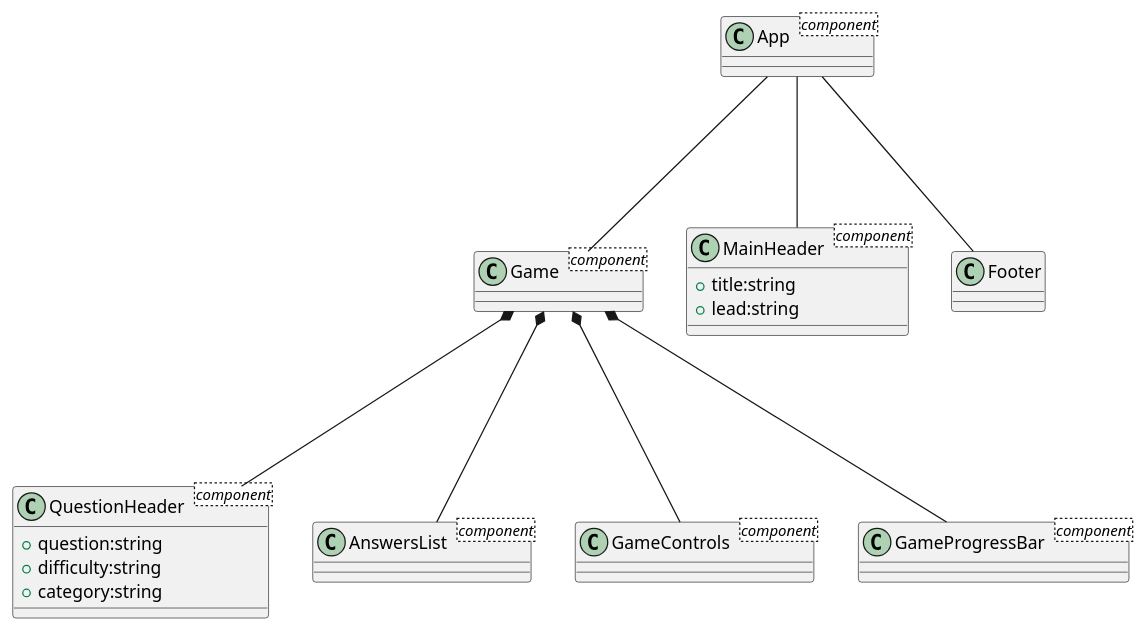
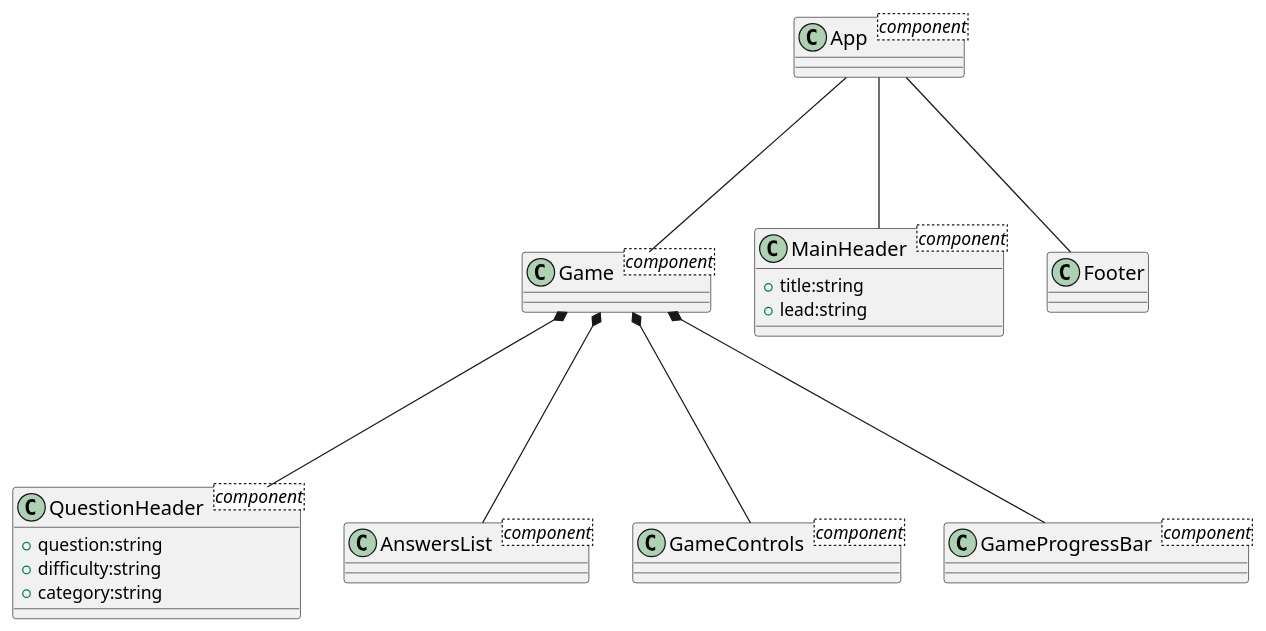
The diagram in __docs__/angular_quiz.component.puml (corsidrive/2020-21-QuizApp-Angular), drawn with PlantUML before and after one commit. The commit also changed 6 other files, not shown here.

```diff
--- a/__docs__/angular_quiz.component.puml
+++ b/__docs__/angular_quiz.component.puml
@@ -1,29 +1,41 @@
 @startuml
+
+'https://plantuml.com/skinparam
+'https://plantuml-documentation.readthedocs.io/en/latest/formatting/all-skin-params.html
+'java -jar plantuml.jar -language
+
+skinparam shadowing false
+skinparam classFontSize 16
+skinparam classStereotypeFontSize 14
+'skinparam monochrome reverse
+'skinparam classFontColor red
+'skinparam classFontName Aapex
+
 
   App --- Game
   App --- MainHeader
   App --- Footer
 
   Game *--- QuestionHeader 
   Game *--- AnswersList
   Game *--- GameControls
   Game *--- GameProgressBar
 
   class App <component> {}
 
   class MainHeader <component> {
     + title:string
     + lead:string 
   }
 
   class QuestionHeader <component> {
     + question:string
     + difficulty:string
     + category:string
   }
 
   class Game <component>
   class GameControls <component>
   class GameProgressBar <component>
   class AnswersList <component>
 @enduml
```
